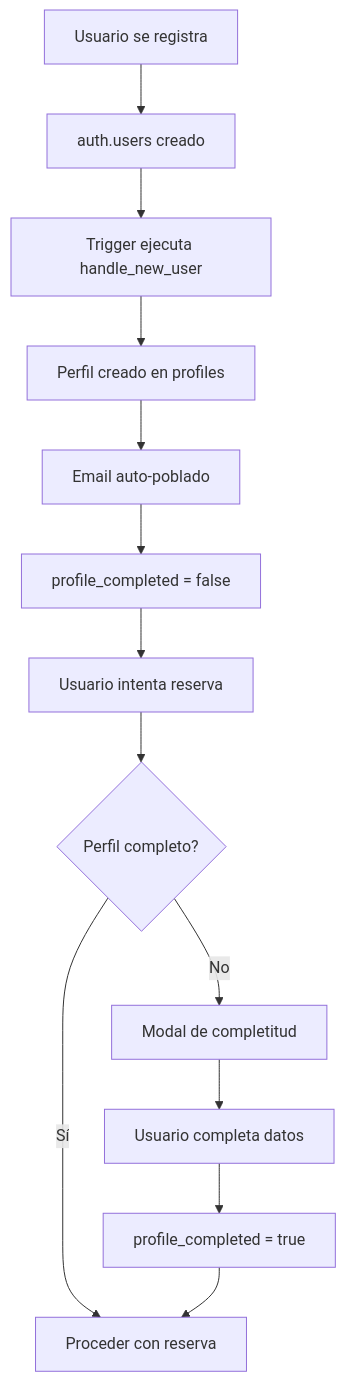
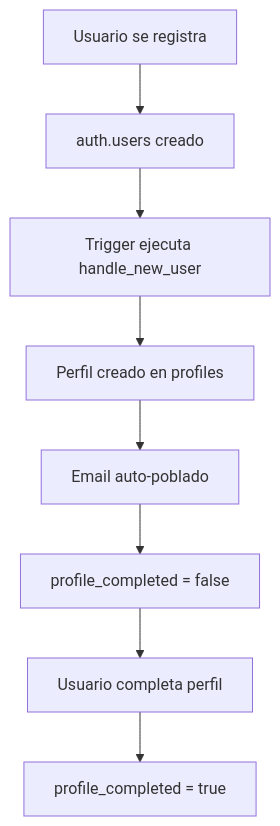
Before and after one commit to mamboking91/gomeraway: the first of 3 diagrams in DATABASE_SYSTEM_REFERENCE.md, drawn with Mermaid. The commit also changed other lines of this file and 12 other files, not shown here.

````diff
--- a/DATABASE_SYSTEM_REFERENCE.md
+++ b/DATABASE_SYSTEM_REFERENCE.md
@@ -263,15 +435,10 @@
 ```mermaid
 graph TD
     A[Usuario se registra] --> B[auth.users creado]
     B --> C[Trigger ejecuta handle_new_user]
     C --> D[Perfil creado en profiles]
     D --> E[Email auto-poblado]
     E --> F[profile_completed = false]
-    F --> G[Usuario intenta reserva]
-    G --> H{Perfil completo?}
-    H -->|No| I[Modal de completitud]
-    H -->|Sí| J[Proceder con reserva]
-    I --> K[Usuario completa datos]
-    K --> L[profile_completed = true]
-    L --> J
+    F --> G[Usuario completa perfil]
+    G --> H[profile_completed = true]
 ```
````
